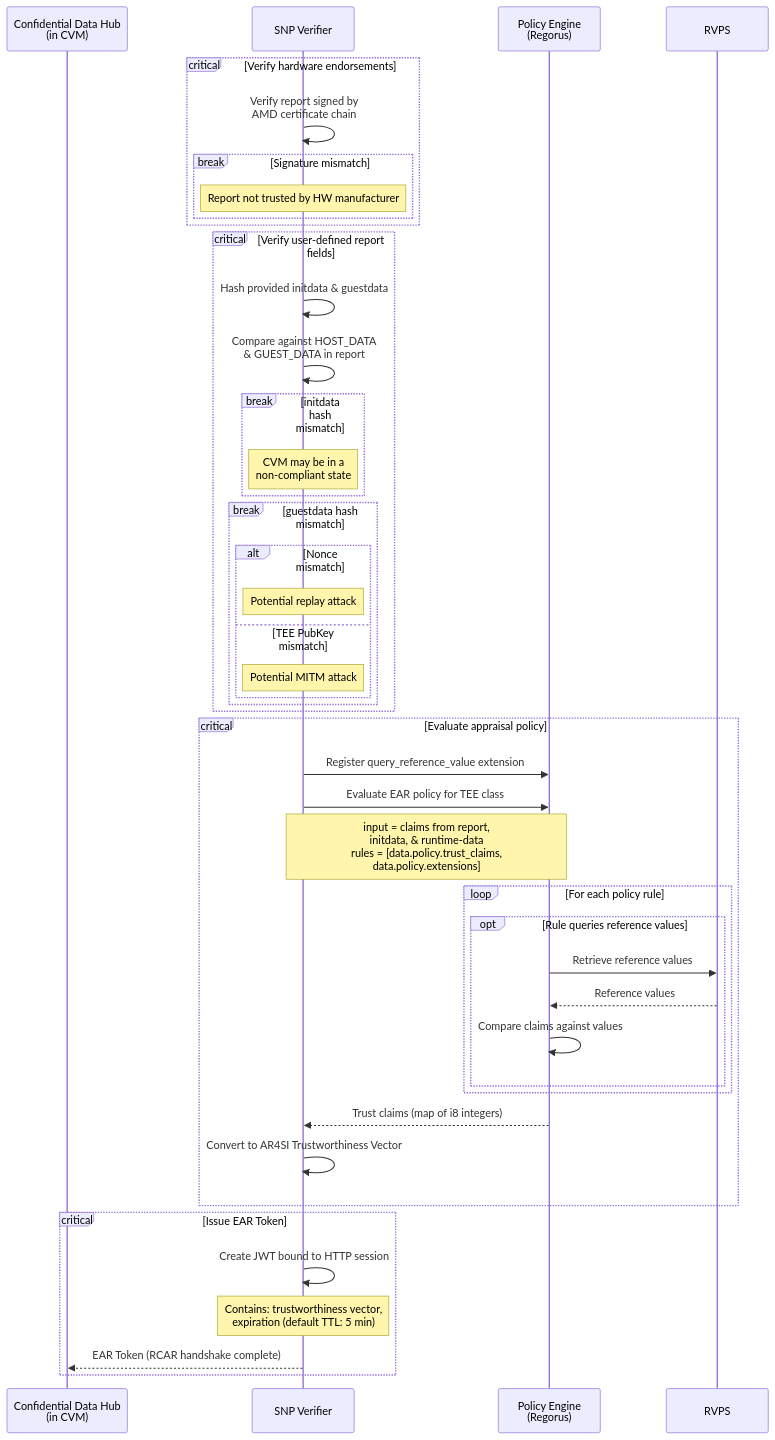
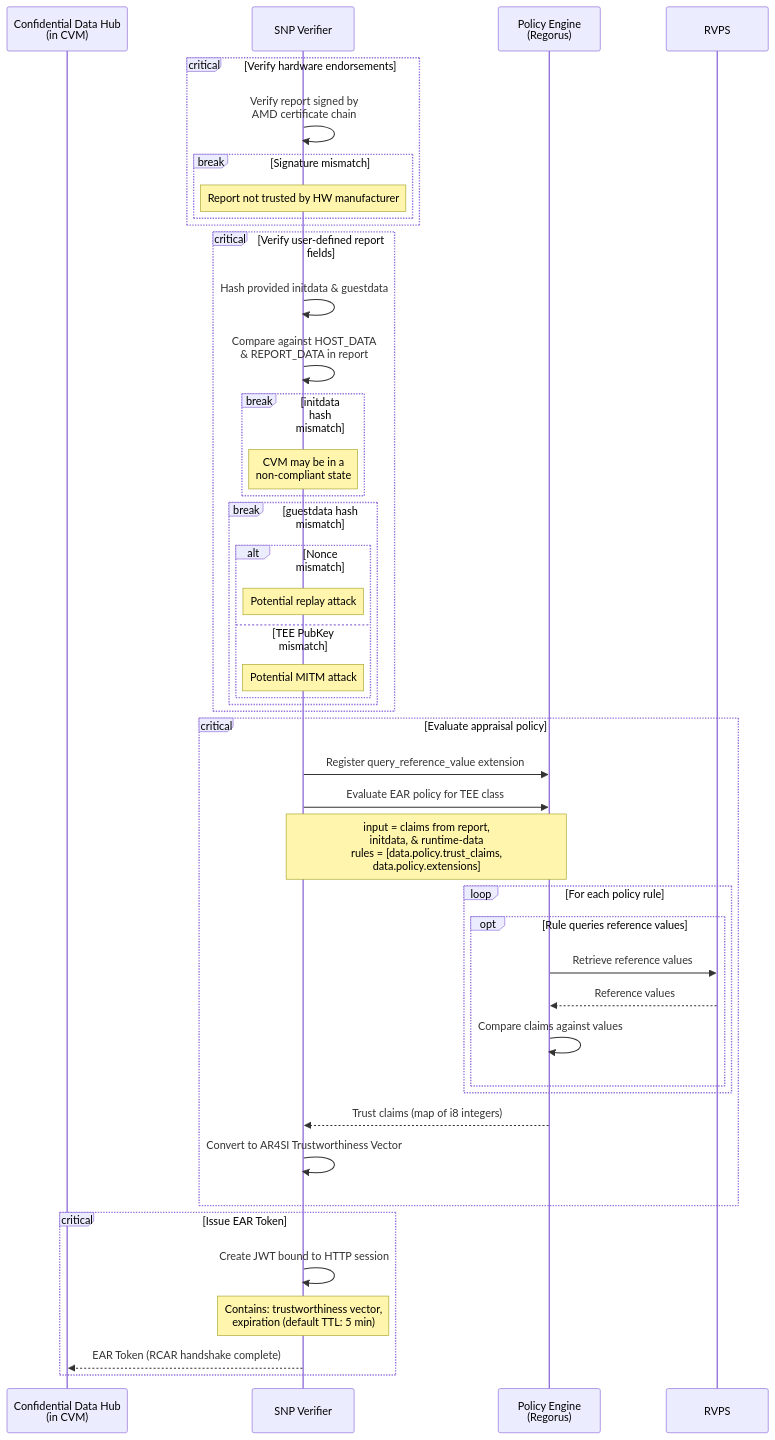
Before and after one commit to amd-cmaxwell/trustee: the fifth of 6 diagrams in kbs/src/plugins/implementations/sams/README.md, drawn with Mermaid. The commit also changed other lines of this file, not shown here.

Commit message:
fix typo: GUEST_DATA -> REPORT_DATA

````diff
--- a/kbs/src/plugins/implementations/sams/README.md
+++ b/kbs/src/plugins/implementations/sams/README.md
@@ -228,53 +228,53 @@
 ```mermaid
 sequenceDiagram
     participant cdh as Confidential Data Hub<br>(in CVM)
     participant snp_verifier as SNP Verifier
     participant policy_engine as Policy Engine<br>(Regorus)
     participant rvps as RVPS
 
     critical Verify hardware endorsements
         snp_verifier ->> snp_verifier: Verify report signed by<br>AMD certificate chain
         break Signature mismatch
             note over snp_verifier: Report not trusted by HW manufacturer
         end
     end
 
     critical Verify user-defined report fields
         snp_verifier ->> snp_verifier: Hash provided initdata & guestdata
-        snp_verifier ->> snp_verifier: Compare against HOST_DATA<br>& GUEST_DATA in report
+        snp_verifier ->> snp_verifier: Compare against HOST_DATA<br>& REPORT_DATA in report
 
         break initdata hash mismatch
             note over snp_verifier: CVM may be in a<br>non-compliant state
         end
         break guestdata hash mismatch
             alt Nonce mismatch
                 note over snp_verifier: Potential replay attack
             else TEE PubKey mismatch
                 note over snp_verifier: Potential MITM attack
             end
         end
     end
 
     critical Evaluate appraisal policy
         snp_verifier ->> policy_engine: Register query_reference_value extension
         snp_verifier ->> policy_engine: Evaluate EAR policy for TEE class
         note over snp_verifier, policy_engine: input = claims from report,<br>initdata, & runtime-data<br>rules = [data.policy.trust_claims,<br>data.policy.extensions]
 
         loop For each policy rule
             opt Rule queries reference values
                 policy_engine ->> rvps: Retrieve reference values
                 rvps -->> policy_engine: Reference values
                 policy_engine ->> policy_engine: Compare claims against values
             end
         end
 
         policy_engine -->> snp_verifier: Trust claims (map of i8 integers)
         snp_verifier ->> snp_verifier: Convert to AR4SI Trustworthiness Vector
     end
 
     critical Issue EAR Token
         snp_verifier ->> snp_verifier: Create JWT bound to HTTP session
         note over snp_verifier: Contains: trustworthiness vector,<br>expiration (default TTL: 5 min)
         snp_verifier -->> cdh: EAR Token (RCAR handshake complete)
     end
 ```
````
